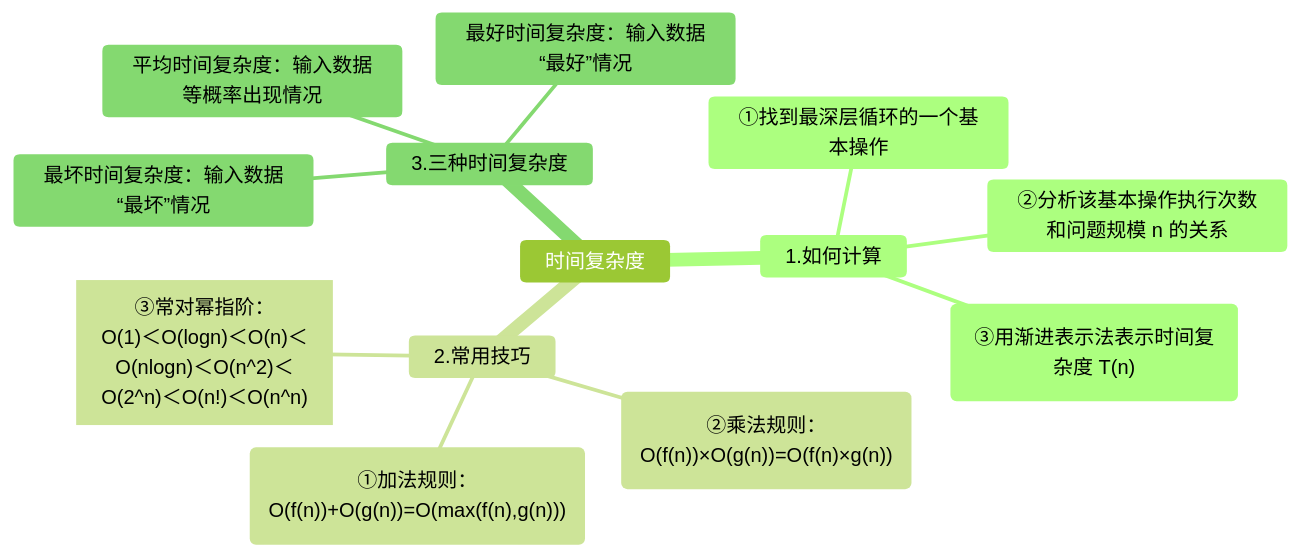
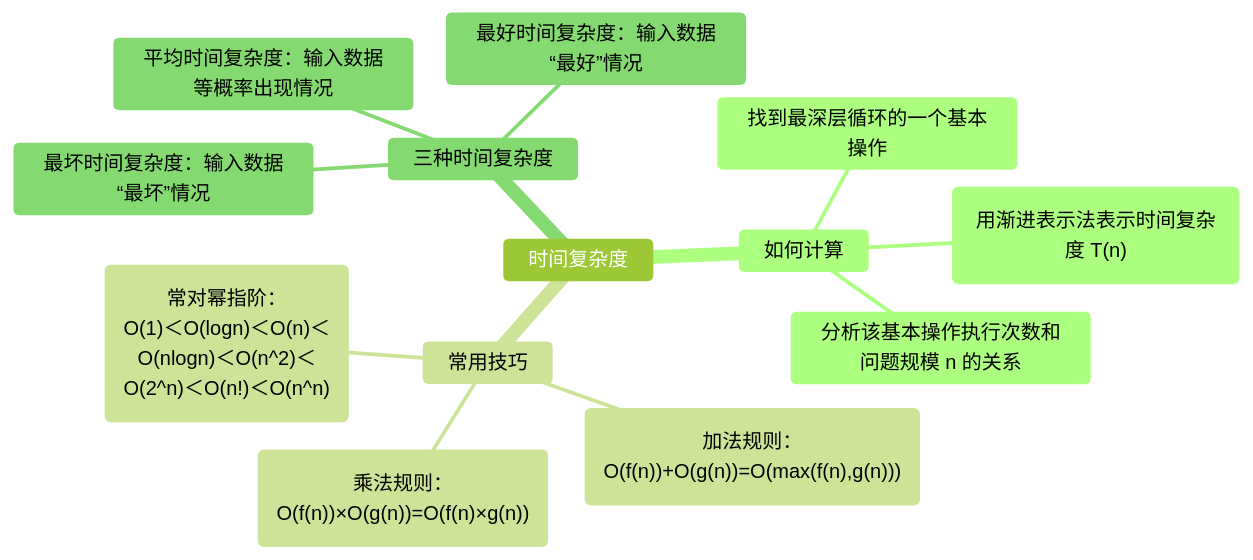
Before and after one commit to novpath/Data-Structure: the third of 15 diagrams in 数据结构.md, drawn with Mermaid (forest theme). The commit also changed other lines of this file and 11 other files, not shown here.

````diff
--- a/数据结构.md
+++ b/数据结构.md
@@ -354,19 +354,19 @@
 ```mermaid
 mindmap
     时间复杂度
-        1.如何计算
-            ①找到最深层循环的一个基本操作
-            ②分析该基本操作执行次数和问题规模 n 的关系
-            1id3("③用渐进表示法表示时间复杂度 T(n)")
-        2.常用技巧
-            2id1("①加法规则：O(f(n))+O(g(n))=O(max(f(n),g(n)))")
-            2id2("②乘法规则：O(f(n))×O(g(n))=O(f(n)×g(n))")
-            2id3["③常对幂指阶：
+        如何计算
+            找到最深层循环的一个基本操作
+            分析该基本操作执行次数和问题规模 n 的关系
+            ("用渐进表示法表示时间复杂度 T(n)")
+        常用技巧
+            ("加法规则：O(f(n))+O(g(n))=O(max(f(n),g(n)))")
+            ("乘法规则：O(f(n))×O(g(n))=O(f(n)×g(n))")
+            ("常对幂指阶：
             O(1)＜O(logn)＜O(n)＜
             O(nlogn)＜O(n^2)＜
-            O(2^n)＜O(n!)＜O(n^n)"]
-        3.三种时间复杂度
+            O(2^n)＜O(n!)＜O(n^n)")
+        三种时间复杂度
             最坏时间复杂度：输入数据“最坏”情况
             平均时间复杂度：输入数据等概率出现情况
             最好时间复杂度：输入数据“最好”情况
 ```
````
